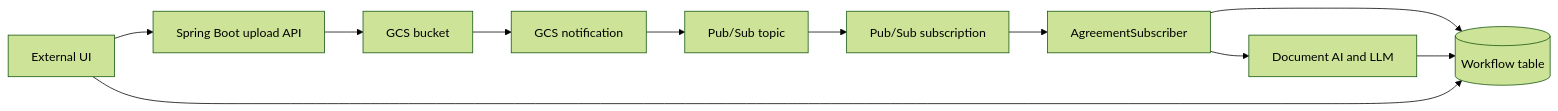
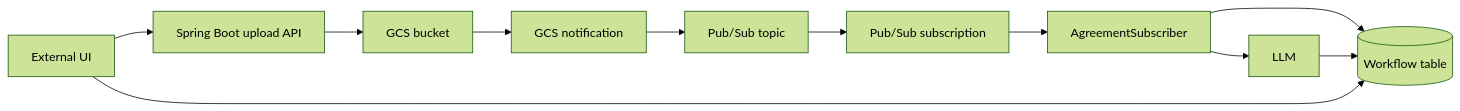
The diagram in GCP_SETUP.md (kamathamkiran/hackathon26-poc), drawn with Mermaid (forest theme) before and after one commit. The commit also changed other lines of this file and 50 other files, not shown here.

````diff
--- a/GCP_SETUP.md
+++ b/GCP_SETUP.md
@@ -13,13 +13,13 @@
 ```mermaid
 flowchart LR
     App[Spring Boot upload API] --> Bucket[GCS bucket]
     Bucket --> Notify[GCS notification]
     Notify --> Topic[Pub/Sub topic]
     Topic --> Sub[Pub/Sub subscription]
     Sub --> Listener[AgreementSubscriber]
     Listener --> DB[(Workflow table)]
-    Listener --> AI[Document AI and LLM]
+    Listener --> AI[LLM]
     AI --> DB
     UI[External UI] --> App
     UI --> DB
 ```
````
